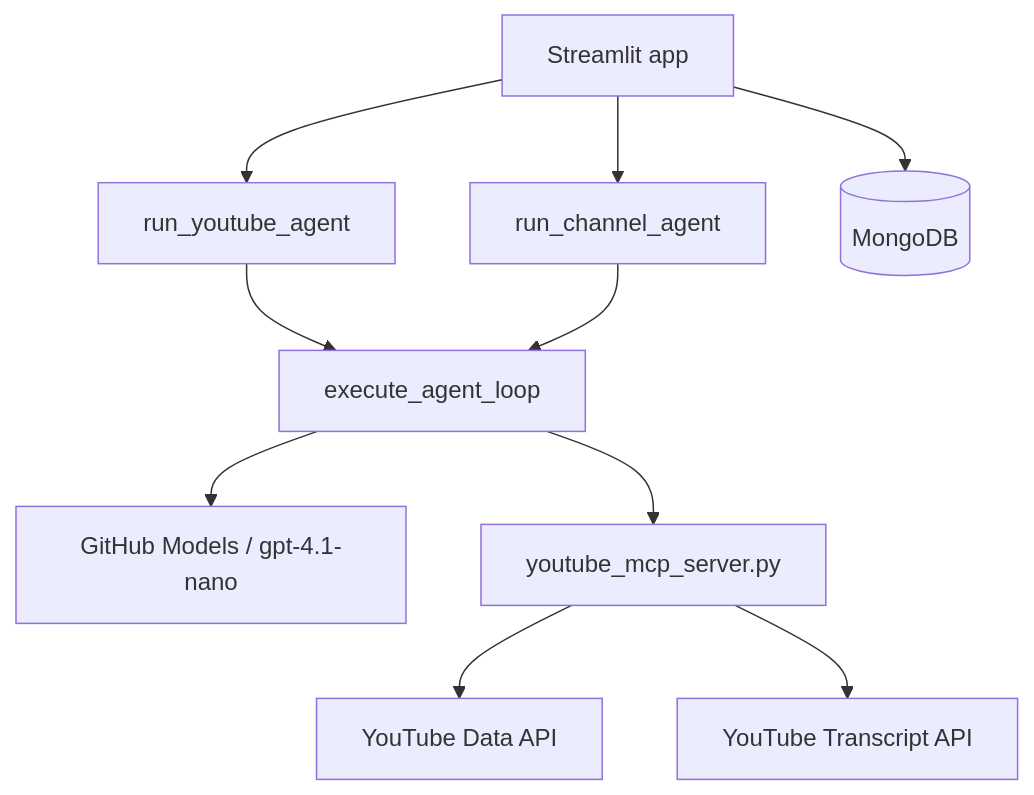
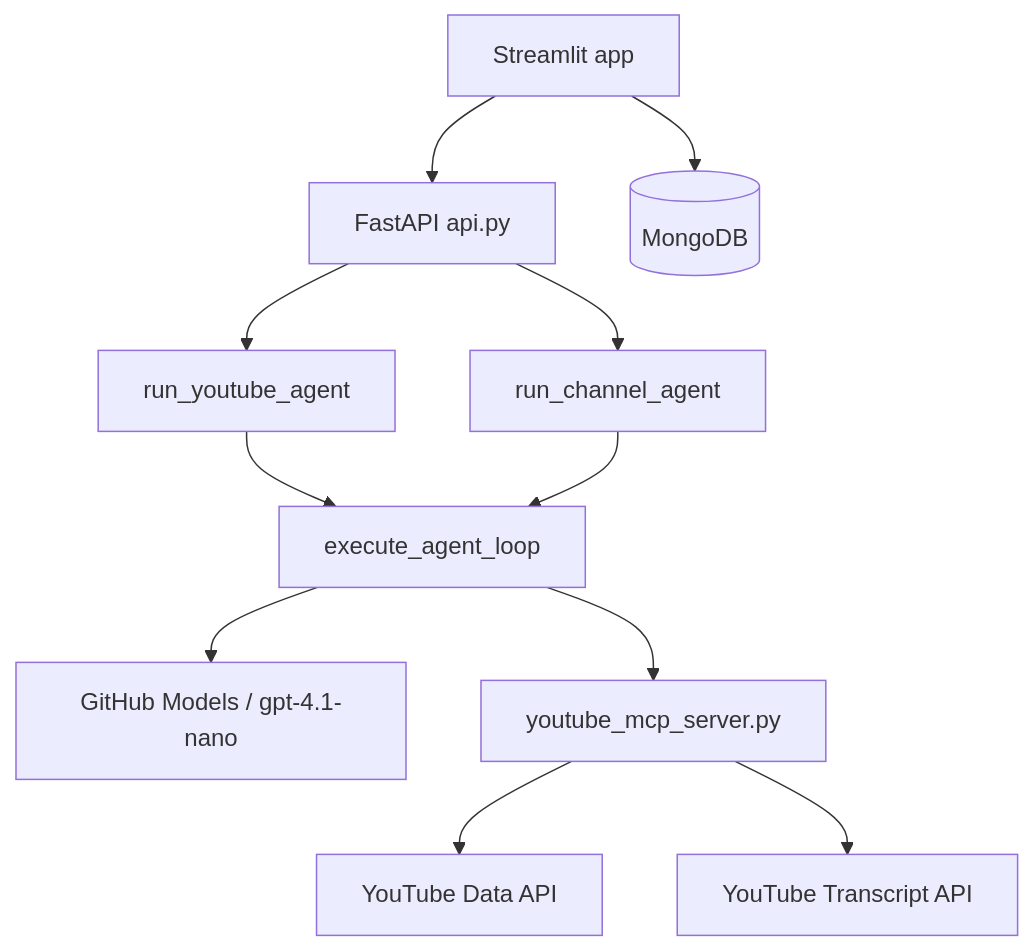
Before and after one commit to ADARSHKUMAR2/Youtube_AI: the diagram in README.md, drawn with Mermaid. The commit also changed other lines of this file, not shown here.

````diff
--- a/README.md
+++ b/README.md
@@ -7,12 +7,13 @@
 ```mermaid
 flowchart TB
-  UI[Streamlit app] --> V[run_youtube_agent]
-  UI --> C[run_channel_agent]
+  UI[Streamlit app] --> API[FastAPI api.py]
+  API --> V[run_youtube_agent]
+  API --> C[run_channel_agent]
   V --> Loop[execute_agent_loop]
   C --> Loop
   Loop --> LLM[GitHub Models / gpt-4.1-nano]
   Loop --> MCP[youtube_mcp_server.py]
   MCP --> YT[YouTube Data API]
   MCP --> TX[YouTube Transcript API]
   UI --> DB[(MongoDB)]
 ```
````
